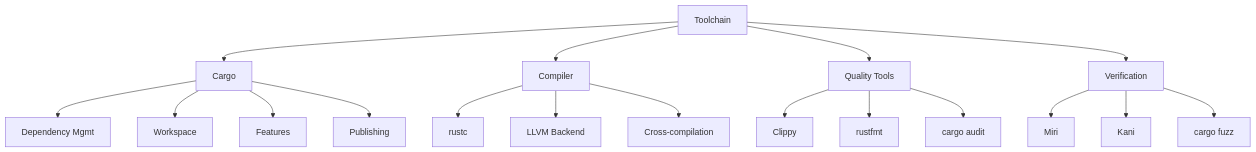
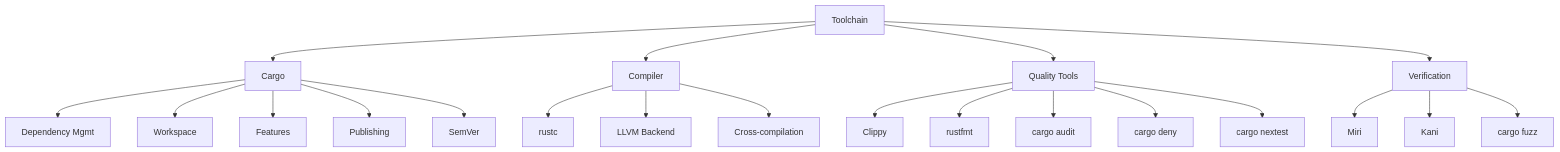
Before and after one commit to martin-ly/rust-lang: the second of 3 diagrams in concept/06_ecosystem/01_toolchain.md, drawn with Mermaid. The commit also changed other lines of this file and 43 other files, not shown here.

````diff
--- a/concept/06_ecosystem/01_toolchain.md
+++ b/concept/06_ecosystem/01_toolchain.md
@@ -54,24 +440,27 @@
 ```mermaid
 graph TD
     A[Toolchain] --> B[Cargo]
     A --> C[Compiler]
     A --> D[Quality Tools]
     A --> E[Verification]
 
     B --> B1[Dependency Mgmt]
     B --> B2[Workspace]
     B --> B3[Features]
     B --> B4[Publishing]
+    B --> B5[SemVer]
 
     C --> C1[rustc]
     C --> C2[LLVM Backend]
     C --> C3[Cross-compilation]
 
     D --> D1[Clippy]
     D --> D2[rustfmt]
     D --> D3[cargo audit]
+    D --> D4[cargo deny]
+    D --> D5[cargo nextest]
 
     E --> E1[Miri]
     E --> E2[Kani]
     E --> E3[cargo fuzz]
 ```
````
